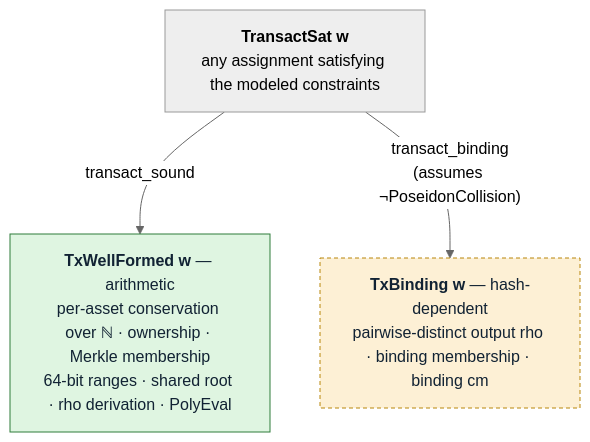
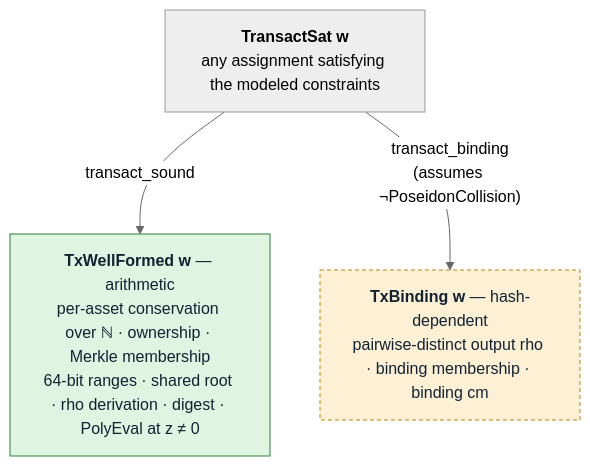
Before and after one commit to lelantos-org/circuits: the first of 3 diagrams in lean/README.md, drawn with Mermaid (neutral theme). The commit also changed other lines of this file and 119 other files, not shown here.

````diff
--- a/lean/README.md
+++ b/lean/README.md
@@ -18,15 +18,15 @@
 ```mermaid
 flowchart TD
     SAT["<b>TransactSat w</b><br/>any assignment satisfying the modeled constraints"]
 
-    WF["<b>TxWellFormed w</b> — arithmetic<br/>per-asset conservation over ℕ · ownership · Merkle membership<br/>64-bit ranges · shared root · rho derivation · PolyEval"]
+    WF["<b>TxWellFormed w</b> — arithmetic<br/>per-asset conservation over ℕ · ownership · Merkle membership<br/>64-bit ranges · shared root · rho derivation · digest · PolyEval at z ≠ 0"]
     BND["<b>TxBinding w</b> — hash-dependent<br/>pairwise-distinct output rho · binding membership · binding cm"]
 
     SAT -->|transact_sound| WF
     SAT -->|"transact_binding<br/>(assumes ¬PoseidonCollision)"| BND
 
     classDef proved fill:#dff5e1,stroke:#2f7d3a,color:#123
     classDef assumed fill:#fdf0d5,stroke:#b8860b,color:#123,stroke-dasharray: 4 3
     class WF proved
     class BND assumed
 ```
````
